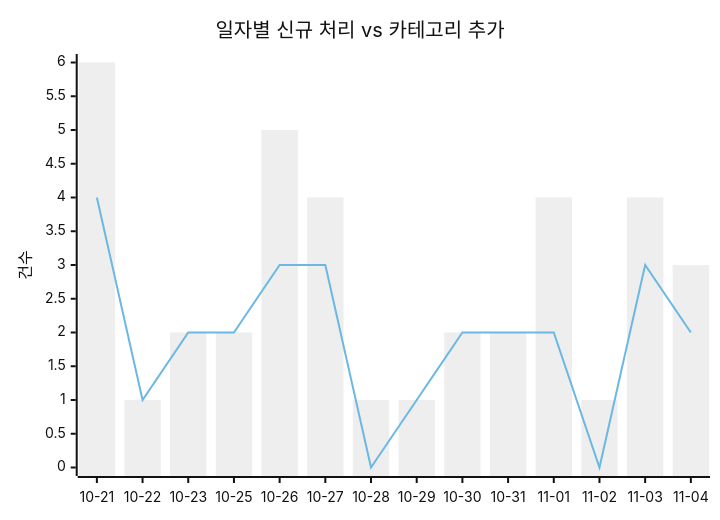
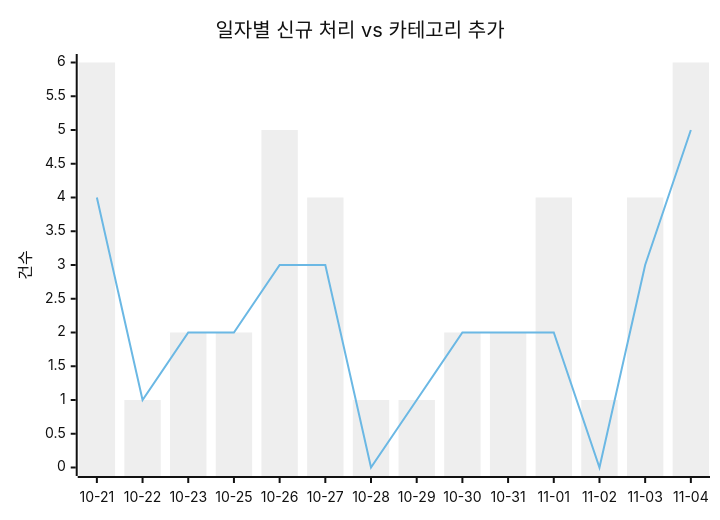
The first of 2 diagrams in docs/trends.md (J-nowcow/awesome-korean-agent-skills), drawn with Mermaid (neutral theme) before and after one commit. The commit also changed other lines of this file and 6 other files, not shown here.

````diff
--- a/docs/trends.md
+++ b/docs/trends.md
@@ -32,8 +32,8 @@
 ```mermaid
 xychart-beta
     title "일자별 신규 처리 vs 카테고리 추가"
     x-axis ["10-21","10-22","10-23","10-25","10-26","10-27","10-28","10-29","10-30","10-31","11-01","11-02","11-03","11-04"]
     y-axis "건수"
-    bar [6,1,2,2,5,4,1,1,2,2,4,1,4,3]
-    line [4,1,2,2,3,3,0,1,2,2,2,0,3,2]
+    bar [6,1,2,2,5,4,1,1,2,2,4,1,4,6]
+    line [4,1,2,2,3,3,0,1,2,2,2,0,3,5]
 ```
````
